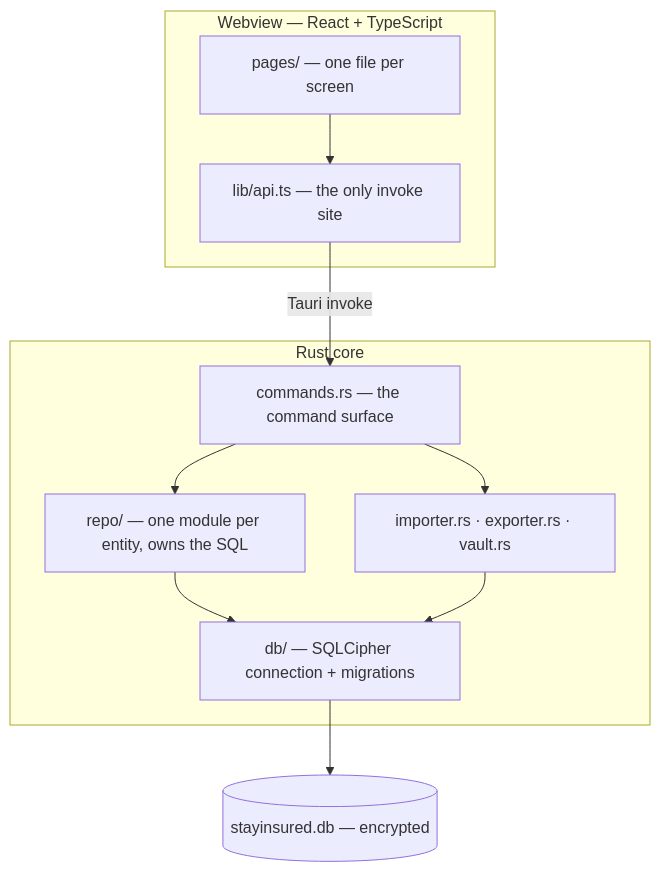
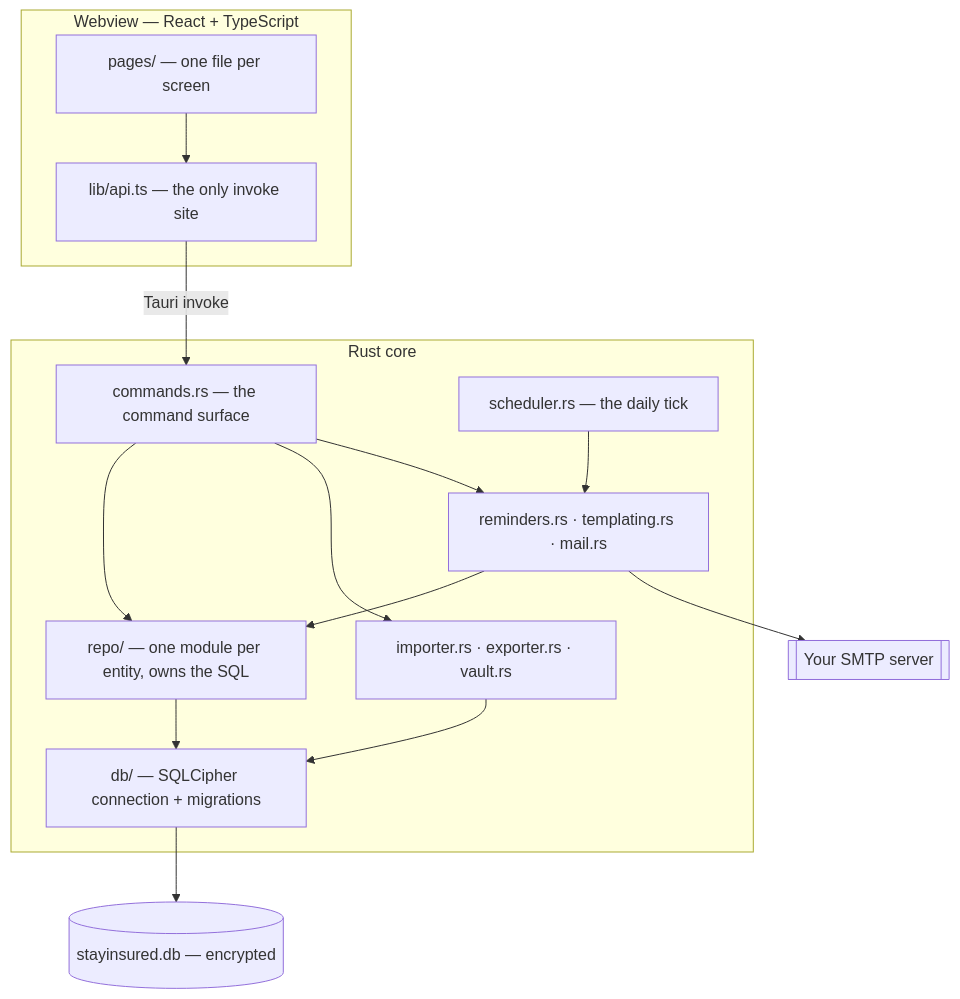
Before and after one commit to laksagent-png/StayInsured: the first of 5 diagrams in docs/technical/DESIGN.md, drawn with Mermaid. The commit also changed other lines of this file and 45 other files, not shown here.

````diff
--- a/docs/technical/DESIGN.md
+++ b/docs/technical/DESIGN.md
@@ -28,20 +29,26 @@
 ```mermaid
 flowchart TB
     subgraph web["Webview — React + TypeScript"]
         pages["pages/ — one file per screen"]
         apits["lib/api.ts — the only invoke site"]
         pages --> apits
     end
     apits -->|"Tauri invoke"| cmds
     subgraph rust["Rust core"]
         cmds["commands.rs — the command surface"]
         repo["repo/ — one module per entity, owns the SQL"]
         io["importer.rs · exporter.rs · vault.rs"]
+        rem["reminders.rs · templating.rs · mail.rs"]
+        sched["scheduler.rs — the daily tick"]
         db["db/ — SQLCipher connection + migrations"]
         cmds --> repo
         cmds --> io
+        cmds --> rem
+        sched --> rem
+        rem --> repo
         repo --> db
         io --> db
     end
     db --> file[("stayinsured.db — encrypted")]
+    rem --> smtp[["Your SMTP server"]]
 ```
````
